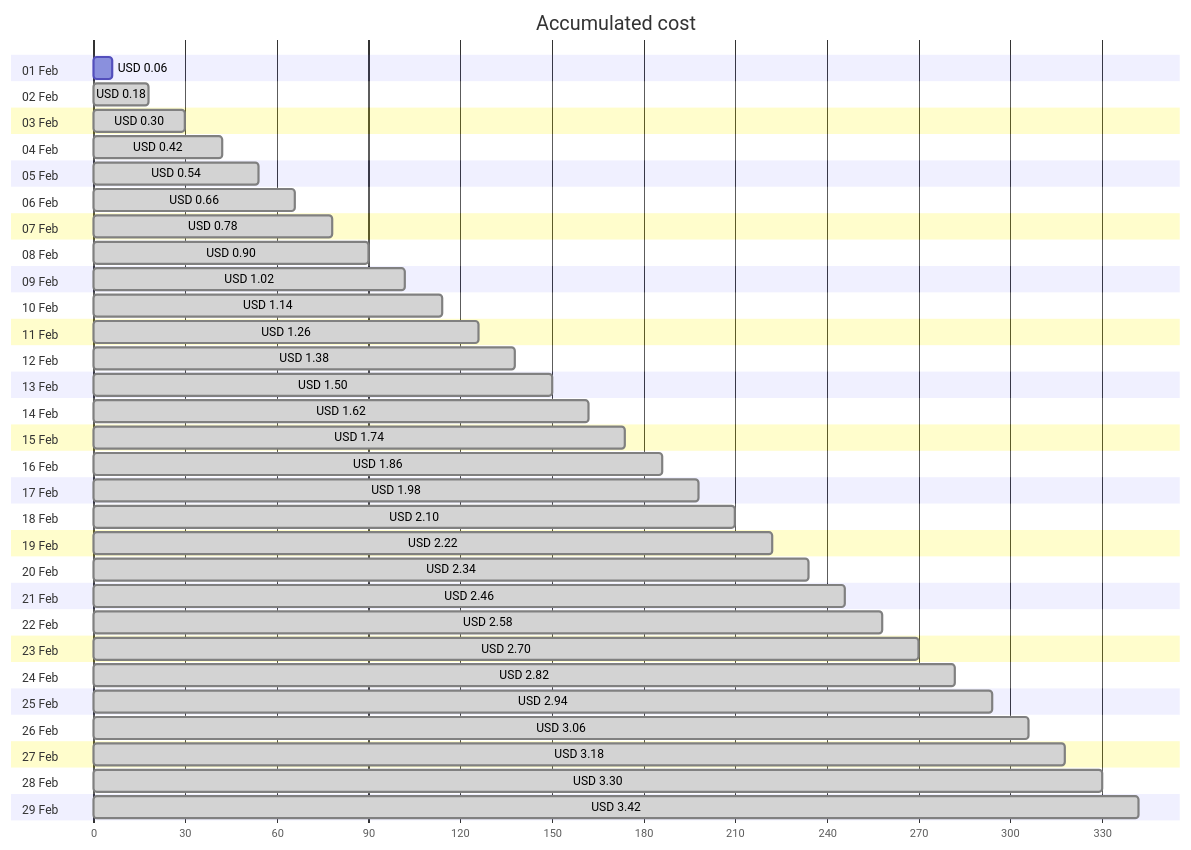
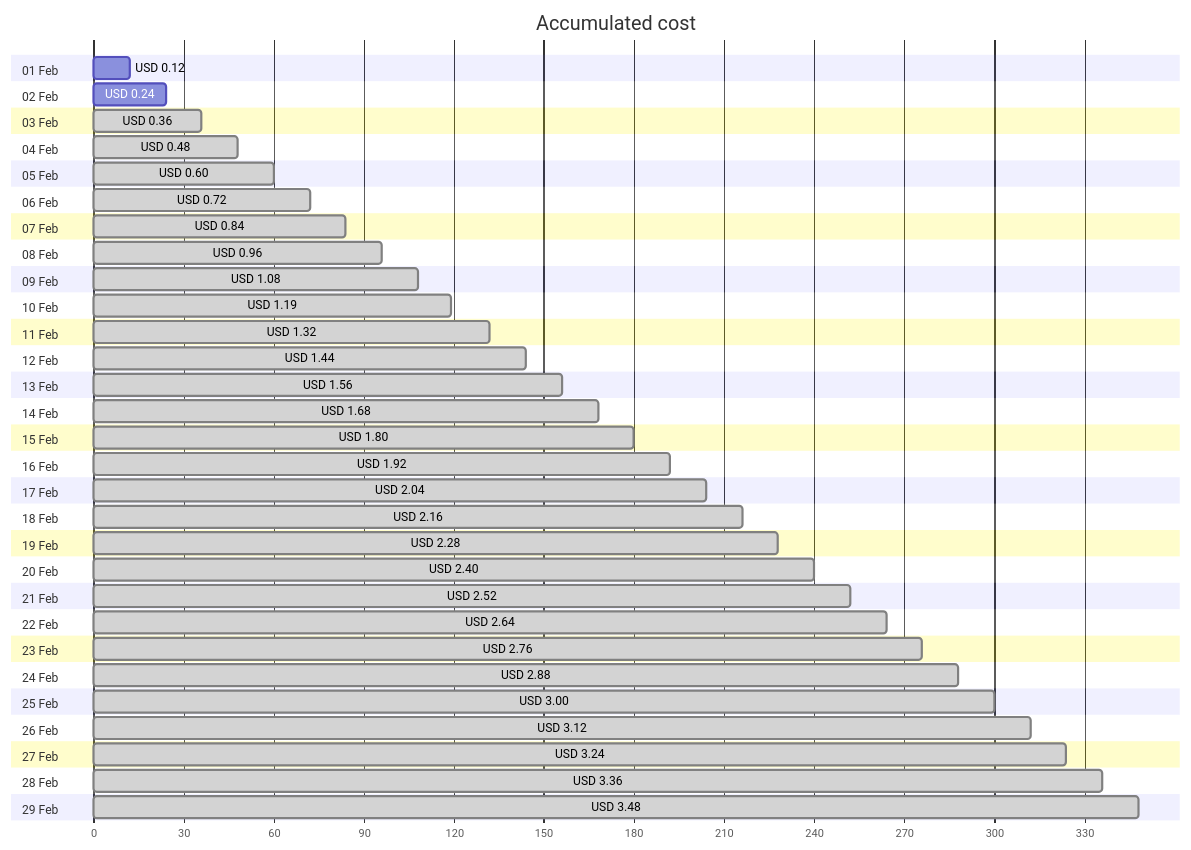
One commit to jpfulton/azure-personal-reports changed the first of 4 diagrams in cost-reports/personal-network/backup-server-public-ip.md. Above: the diagram before and after it, drawn with Mermaid. The commit also changed other lines of this file and 8 other files, not shown here.

````diff
--- a/cost-reports/personal-network/backup-server-public-ip.md
+++ b/cost-reports/personal-network/backup-server-public-ip.md
@@ -20,64 +20,64 @@
 ```mermaid
 gantt
    title Accumulated cost
    dateFormat  X
    axisFormat %s
    section 01 Feb
-   USD 0.06 :0, 6
+   USD 0.12 :0, 12
    section 02 Feb
-   USD 0.18 : done, 0, 18
+   USD 0.24 :0, 24
    section 03 Feb
-   USD 0.30 : done, 0, 30
+   USD 0.36 : done, 0, 36
    section 04 Feb
-   USD 0.42 : done, 0, 42
+   USD 0.48 : done, 0, 48
    section 05 Feb
-   USD 0.54 : done, 0, 54
+   USD 0.60 : done, 0, 60
    section 06 Feb
-   USD 0.66 : done, 0, 66
+   USD 0.72 : done, 0, 72
    section 07 Feb
-   USD 0.78 : done, 0, 78
+   USD 0.84 : done, 0, 84
    section 08 Feb
-   USD 0.90 : done, 0, 90
+   USD 0.96 : done, 0, 96
    section 09 Feb
-   USD 1.02 : done, 0, 102
+   USD 1.08 : done, 0, 108
    section 10 Feb
-   USD 1.14 : done, 0, 114
+   USD 1.19 : done, 0, 119
    section 11 Feb
-   USD 1.26 : done, 0, 126
+   USD 1.32 : done, 0, 132
    section 12 Feb
-   USD 1.38 : done, 0, 138
+   USD 1.44 : done, 0, 144
    section 13 Feb
-   USD 1.50 : done, 0, 150
+   USD 1.56 : done, 0, 156
    section 14 Feb
-   USD 1.62 : done, 0, 162
+   USD 1.68 : done, 0, 168
    section 15 Feb
-   USD 1.74 : done, 0, 174
+   USD 1.80 : done, 0, 180
    section 16 Feb
-   USD 1.86 : done, 0, 186
+   USD 1.92 : done, 0, 192
    section 17 Feb
-   USD 1.98 : done, 0, 198
+   USD 2.04 : done, 0, 204
    section 18 Feb
-   USD 2.10 : done, 0, 210
+   USD 2.16 : done, 0, 216
    section 19 Feb
-   USD 2.22 : done, 0, 222
+   USD 2.28 : done, 0, 228
    section 20 Feb
-   USD 2.34 : done, 0, 234
+   USD 2.40 : done, 0, 240
    section 21 Feb
-   USD 2.46 : done, 0, 246
+   USD 2.52 : done, 0, 252
    section 22 Feb
-   USD 2.58 : done, 0, 258
+   USD 2.64 : done, 0, 264
    section 23 Feb
-   USD 2.70 : done, 0, 270
+   USD 2.76 : done, 0, 276
    section 24 Feb
-   USD 2.82 : done, 0, 282
+   USD 2.88 : done, 0, 288
    section 25 Feb
-   USD 2.94 : done, 0, 294
+   USD 3.00 : done, 0, 300
    section 26 Feb
-   USD 3.06 : done, 0, 306
+   USD 3.12 : done, 0, 312
    section 27 Feb
-   USD 3.18 : done, 0, 318
+   USD 3.24 : done, 0, 324
    section 28 Feb
-   USD 3.30 : done, 0, 330
+   USD 3.36 : done, 0, 336
    section 29 Feb
-   USD 3.42 : done, 0, 342
+   USD 3.48 : done, 0, 348
 ```
````
